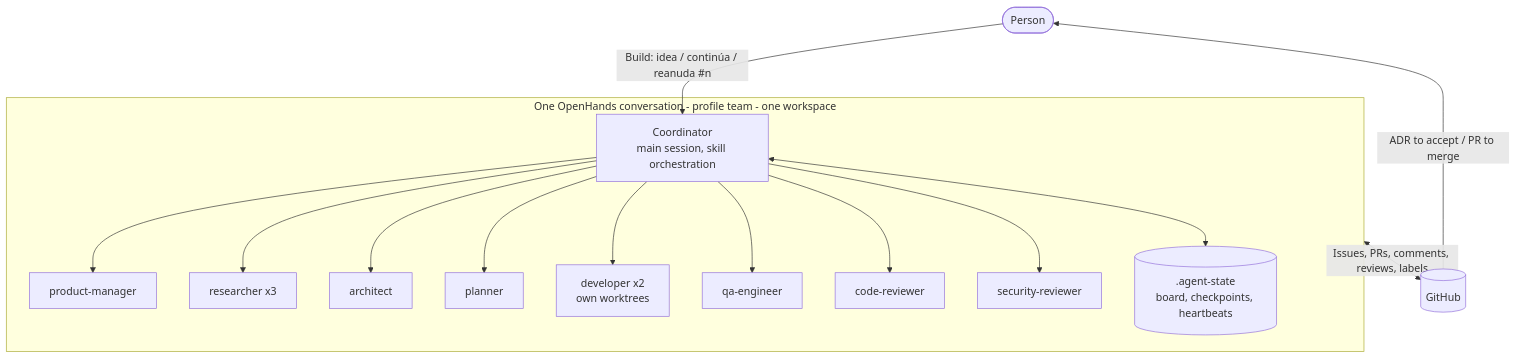
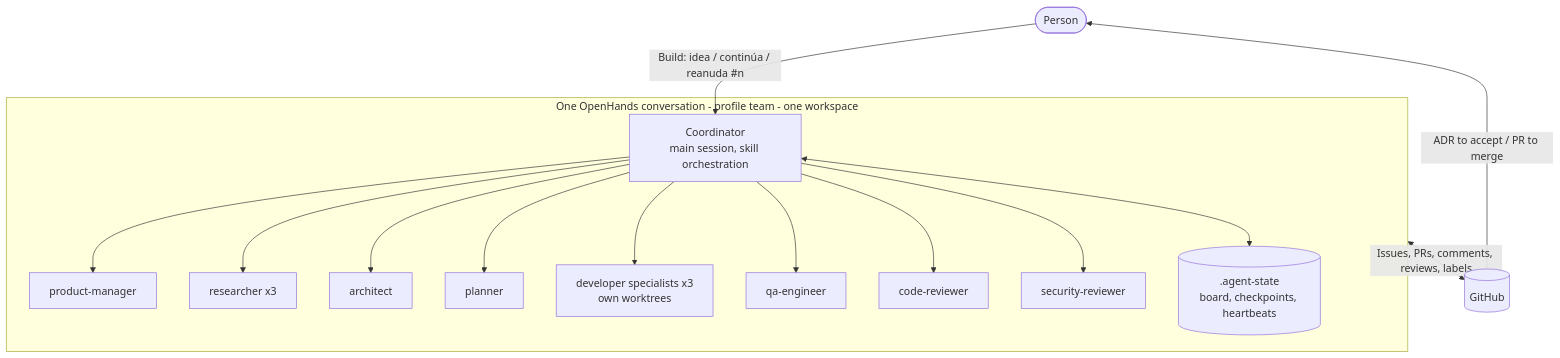
One commit to eliangilsierra/openhands-agent-team changed the first of 2 diagrams in docs/subagents.md. Above: the diagram before and after it, drawn with Mermaid. The commit also changed other lines of this file and 21 other files, not shown here.

First line of the commit message:
docs: document developer specialists and add stack ci templates

````diff
--- a/docs/subagents.md
+++ b/docs/subagents.md
@@ -10,20 +10,20 @@
 ```mermaid
 flowchart TB
     person([Person]) -->|"Build: idea / continúa / reanuda #n"| coord
     subgraph conv[One OpenHands conversation - profile team - one workspace]
         coord[Coordinator<br/>main session, skill orchestration]
         pm[product-manager]
         rs[researcher x3]
         ar[architect]
         pl[planner]
-        dev[developer x2<br/>own worktrees]
+        dev[developer specialists x3<br/>own worktrees]
         qa[qa-engineer]
         cr[code-reviewer]
         sr[security-reviewer]
         state[(.agent-state<br/>board, checkpoints, heartbeats)]
     end
     coord --> pm & rs & ar & pl & dev & qa & cr & sr
     coord <--> state
     conv <-->|Issues, PRs, comments, reviews, labels| gh[(GitHub)]
     gh -->|ADR to accept / PR to merge| person
 ```
````
